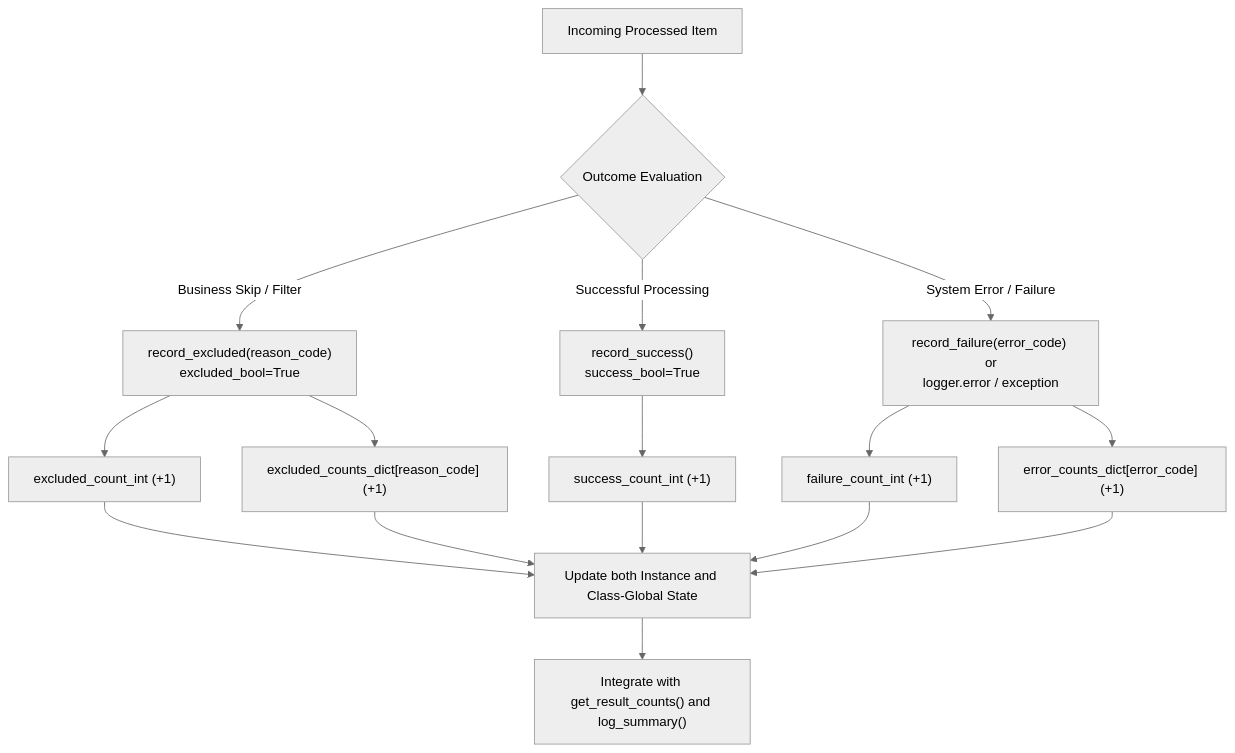
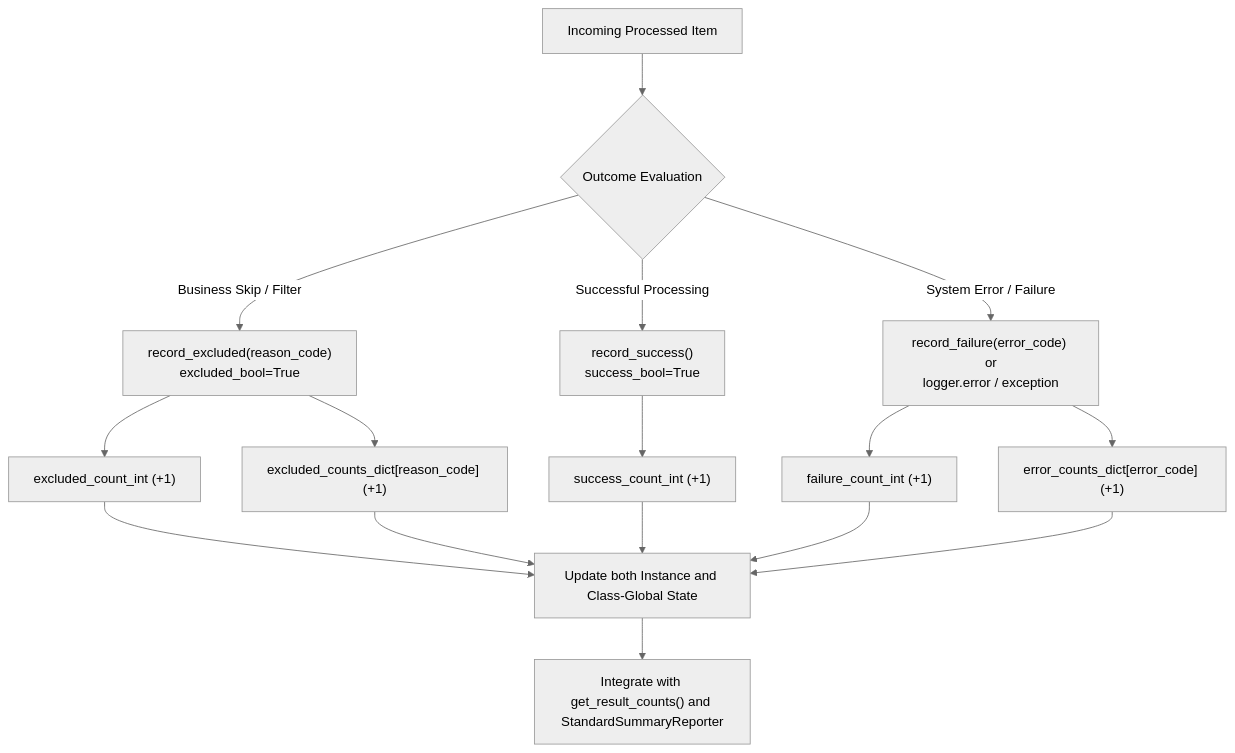
The diagram in manual/en/logger/04_execution_result_and_error_tracking_en.md (kampores/agent_common), drawn with Mermaid (neutral theme) before and after one commit. The commit also changed other lines of this file and 49 other files, not shown here.

````diff
--- a/manual/en/logger/04_execution_result_and_error_tracking_en.md
+++ b/manual/en/logger/04_execution_result_and_error_tracking_en.md
@@ -28,22 +28,22 @@
 ```mermaid
 flowchart TD
     A["Incoming Processed Item"] --> B{"Outcome Evaluation"}
     
     B -->|"Business Skip / Filter"| C["record_excluded(reason_code)<br/>excluded_bool=True"]
     C --> C1["excluded_count_int (+1)"]
     C --> C2["excluded_counts_dict[reason_code] (+1)"]
     
     B -->|"Successful Processing"| D["record_success()<br/>success_bool=True"]
     D --> D1["success_count_int (+1)"]
     
     B -->|"System Error / Failure"| E["record_failure(error_code) or<br/>logger.error / exception"]
     E --> E1["failure_count_int (+1)"]
     E --> E2["error_counts_dict[error_code] (+1)"]
     
     C1 --> F["Update both Instance and Class-Global State"]
     C2 --> F
     D1 --> F
     E1 --> F
     E2 --> F
-    F --> G["Integrate with get_result_counts() and log_summary()"]
+    F --> G["Integrate with get_result_counts() and StandardSummaryReporter"]
 ```
````
